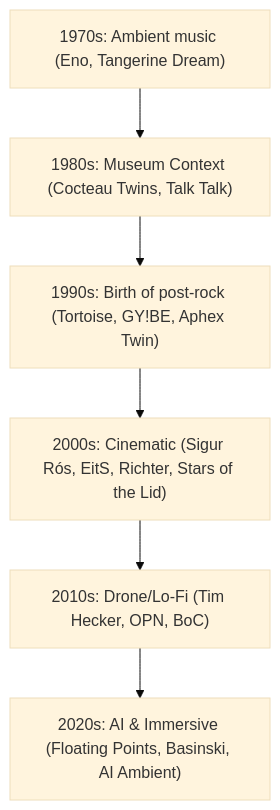
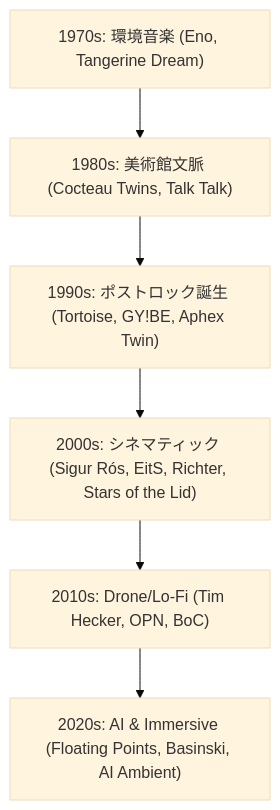
One commit to monumental-movement/monumental-movement.github.io changed the diagram in en/_posts/2025-09-19-Column-Post-Rock-Ambient-History.md. Above: the diagram before and after it, drawn with Mermaid (base theme). The commit also changed other lines of this file and 2196 other files, not shown here.

```diff
--- a/en/_posts/2025-09-19-Column-Post-Rock-Ambient-History.md
+++ b/en/_posts/2025-09-19-Column-Post-Rock-Ambient-History.md
@@ -161,11 +160,11 @@
 <div class="mermaid">
 flowchart TD
-    A1970["1970s: Ambient music (Eno, Tangerine Dream)"]
-    A1980["1980s: Museum Context (Cocteau Twins, Talk Talk)"]
-    A1990["1990s: Birth of post-rock (Tortoise, GY!BE, Aphex Twin)"]
-    A2000["2000s: Cinematic (Sigur Rós, EitS, Richter, Stars of the Lid)"]
+    A1970["1970s: 環境音楽 (Eno, Tangerine Dream)"]
+    A1980["1980s: 美術館文脈 (Cocteau Twins, Talk Talk)"]
+    A1990["1990s: ポストロック誕生 (Tortoise, GY!BE, Aphex Twin)"]
+    A2000["2000s: シネマティック (Sigur Rós, EitS, Richter, Stars of the Lid)"]
     A2010["2010s: Drone/Lo-Fi (Tim Hecker, OPN, BoC)"]
     A2020["2020s: AI & Immersive (Floating Points, Basinski, AI Ambient)"]
 
     A1970 --> A1980 --> A1990 --> A2000 --> A2010 --> A2020
 </div>
```
